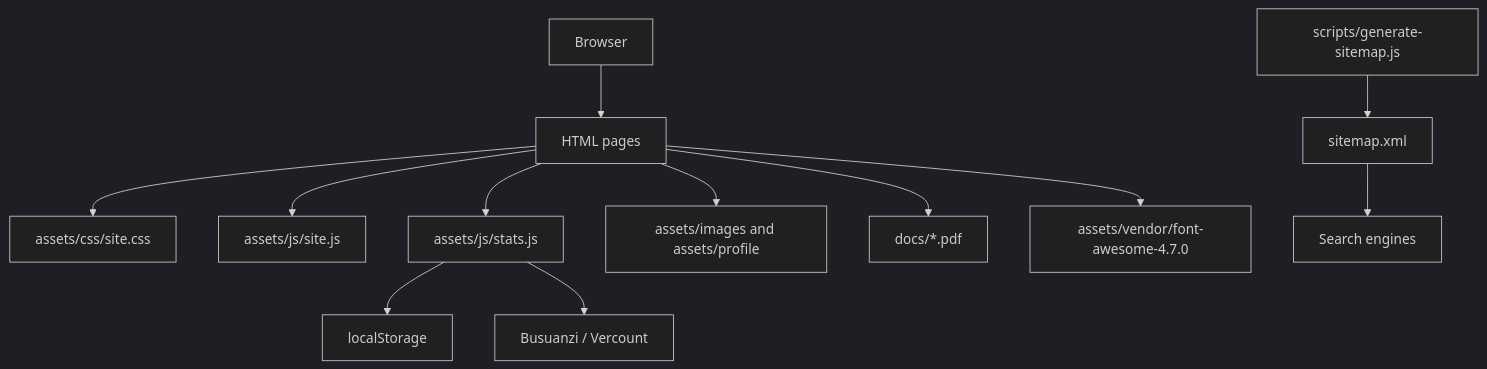
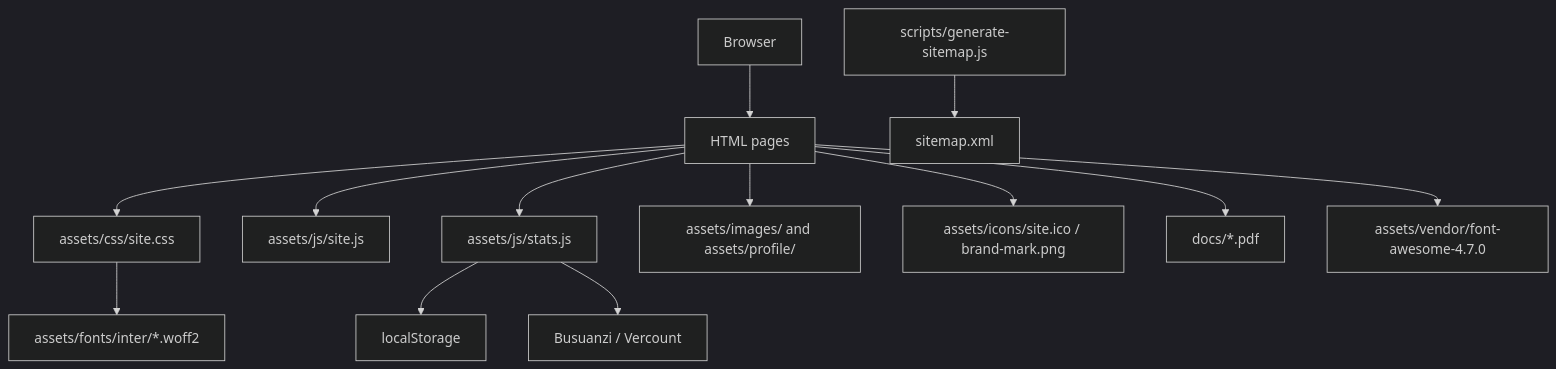
One commit to Yan-ShiBo/Yan-ShiBo.github.io changed the third of 5 diagrams in docs/design/architecture.md. Above: the diagram before and after it, drawn with Mermaid (dark theme). The commit also changed other lines of this file and 7 other files, not shown here.

````diff
--- a/docs/design/architecture.md
+++ b/docs/design/architecture.md
@@ -74,14 +117,15 @@
 ```mermaid
 flowchart TD
-  User["Browser"] --> Pages["HTML pages"]
-  Pages --> CSS["assets/css/site.css"]
-  Pages --> JS["assets/js/site.js"]
-  Pages --> Stats["assets/js/stats.js"]
-  Pages --> Media["assets/images and assets/profile"]
-  Pages --> PDFs["docs/*.pdf"]
-  Pages --> FontAwesome["assets/vendor/font-awesome-4.7.0"]
-  Stats --> LocalStorage["localStorage"]
-  Stats --> PublicCounters["Busuanzi / Vercount"]
+  Browser["Browser"] --> Html["HTML pages"]
+  Html --> CSS["assets/css/site.css"]
+  Html --> UIJS["assets/js/site.js"]
+  Html --> StatsJS["assets/js/stats.js"]
+  CSS --> Fonts["assets/fonts/inter/*.woff2"]
+  Html --> Media["assets/images/ and assets/profile/"]
+  Html --> Icons["assets/icons/site.ico / brand-mark.png"]
+  Html --> PDFs["docs/*.pdf"]
+  Html --> FA["assets/vendor/font-awesome-4.7.0"]
+  StatsJS --> LS["localStorage"]
+  StatsJS --> Counter["Busuanzi / Vercount"]
   SitemapScript["scripts/generate-sitemap.js"] --> Sitemap["sitemap.xml"]
-  Sitemap --> Search["Search engines"]
 ```
````
